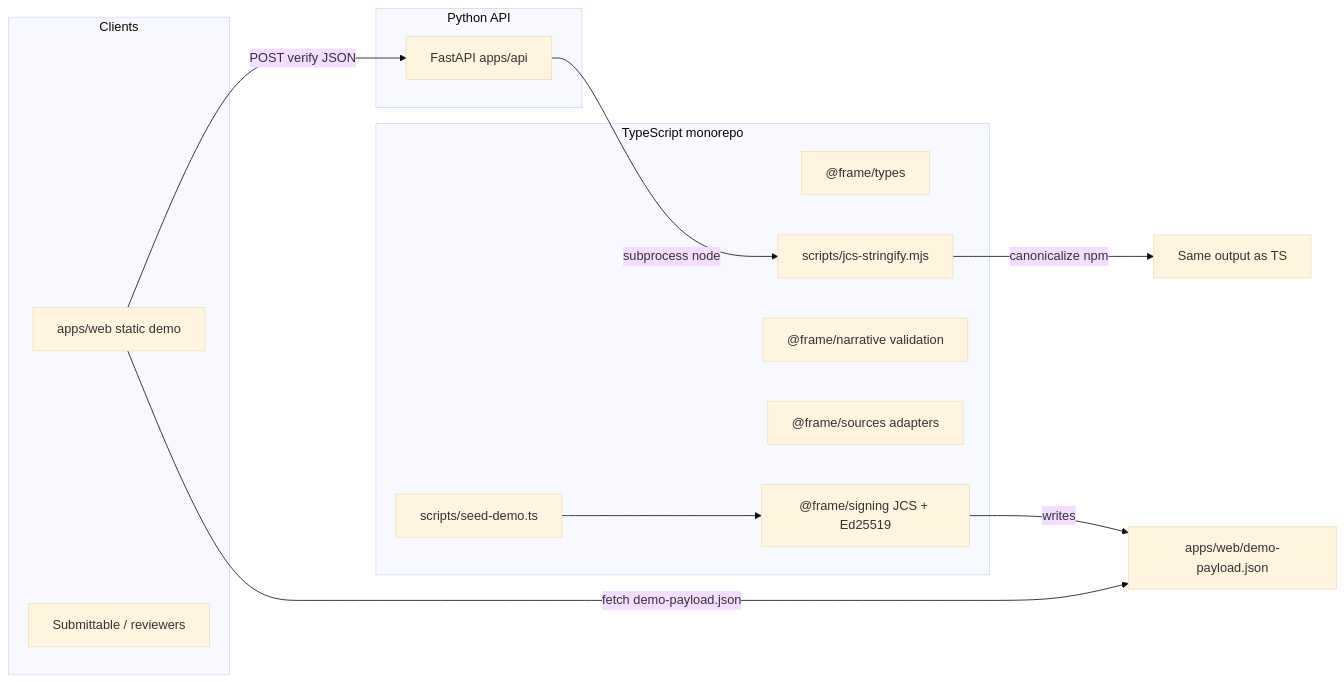
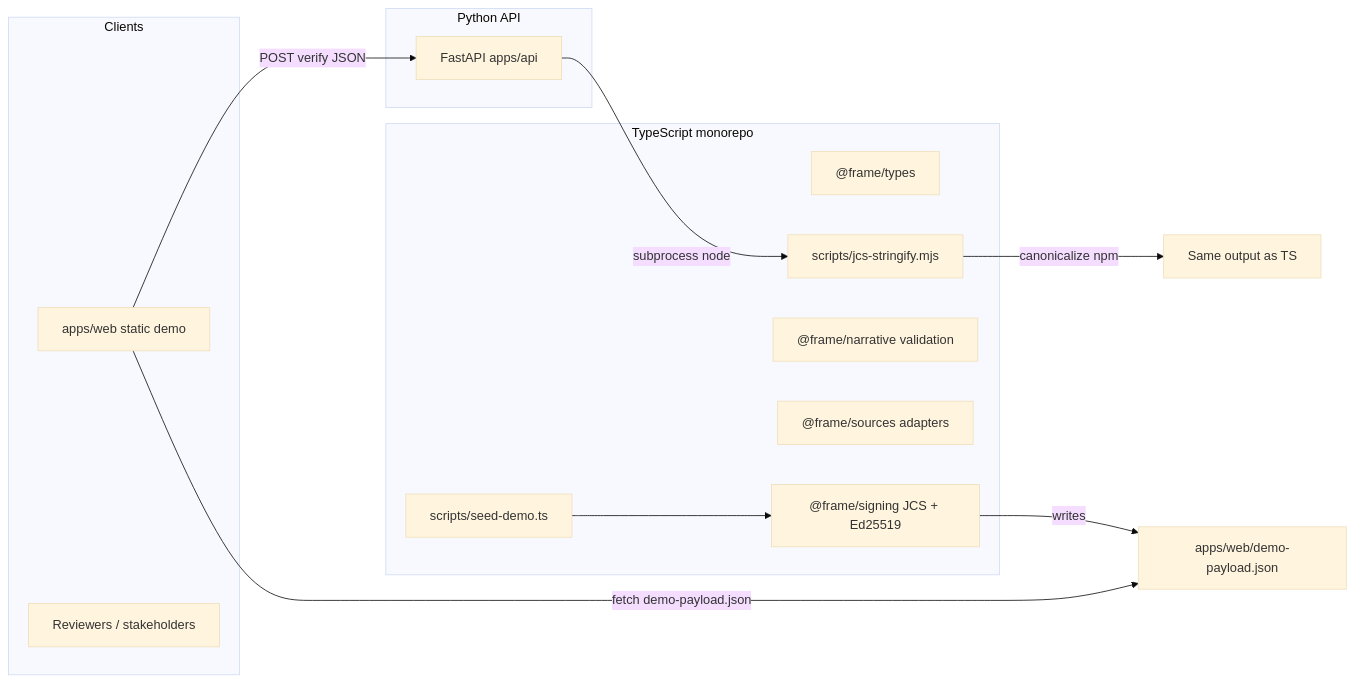
Before and after one commit to Swixixle/FRAME: the diagram in docs/HANDOFF.md, drawn with Mermaid (base theme). The commit also changed other lines of this file and 46 other files, not shown here.

````diff
--- a/docs/HANDOFF.md
+++ b/docs/HANDOFF.md
@@ -22,24 +22,24 @@
 ```mermaid
 flowchart LR
   subgraph clients [Clients]
     Web["apps/web static demo"]
-    Sub[Submittable / reviewers]
+    Review[Reviewers / stakeholders]
   end
   subgraph ts [TypeScript monorepo]
     Types["@frame/types"]
     Sign["@frame/signing JCS + Ed25519"]
     Nar["@frame/narrative validation"]
     Src["@frame/sources adapters"]
     Seed["scripts/seed-demo.ts"]
     JCS["scripts/jcs-stringify.mjs"]
   end
   subgraph py [Python API]
     API["FastAPI apps/api"]
   end
   Web -->|POST verify JSON| API
   API -->|subprocess node| JCS
   JCS -->|canonicalize npm| SameJCS[Same output as TS]
   Seed --> Sign
   Sign -->|writes| DemoJSON["apps/web/demo-payload.json"]
   Web -->|fetch demo-payload.json| DemoJSON
 ```
````
